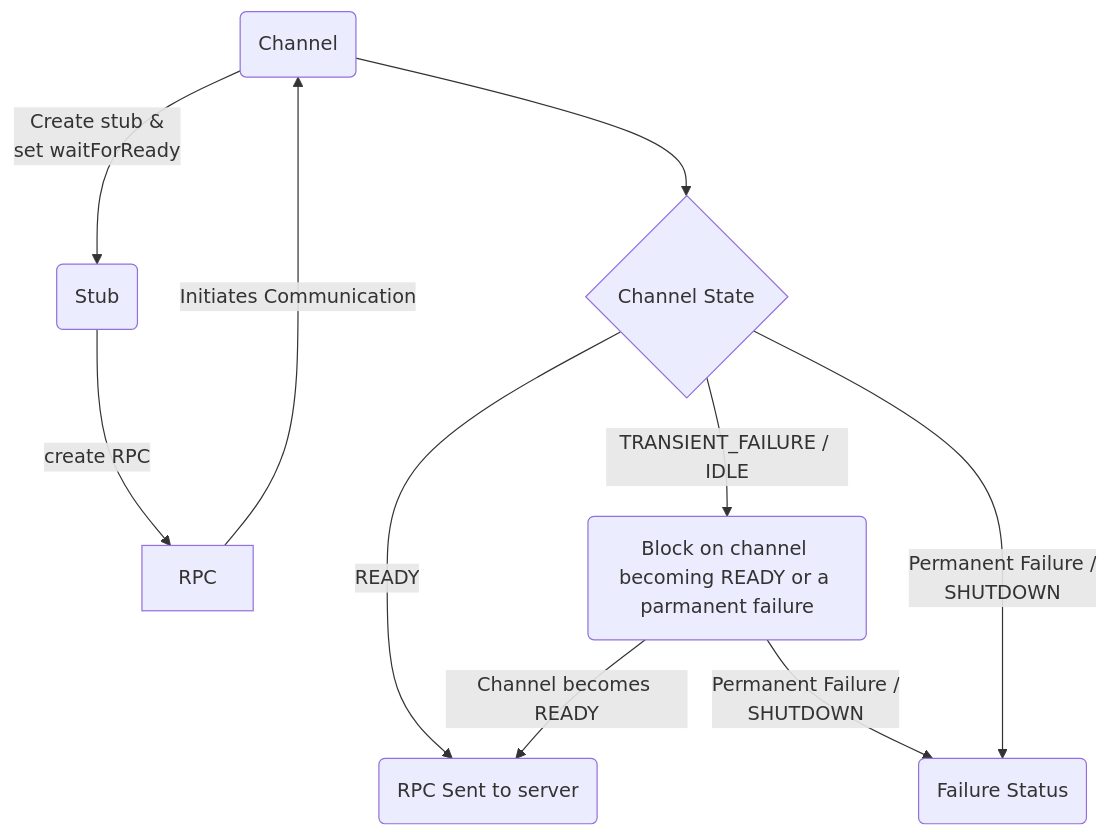
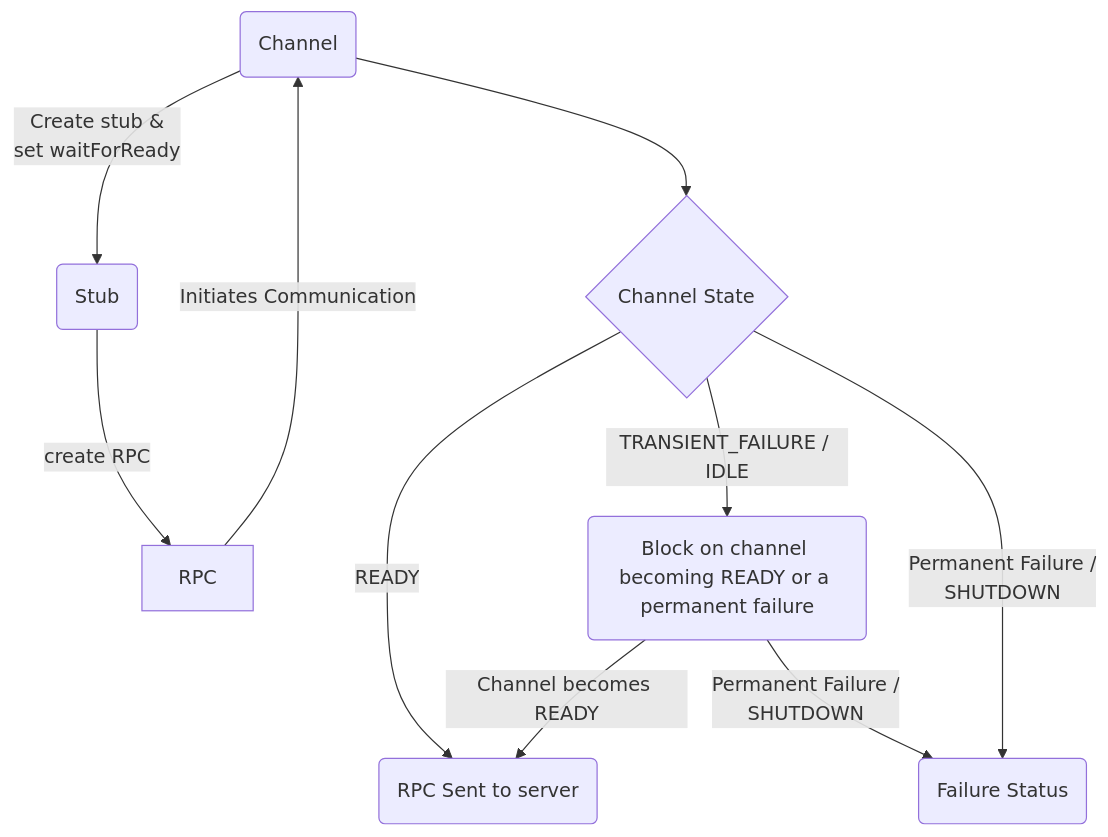
The diagram in content/en/docs/guides/wait-for-ready.md (grpc/grpc.io), drawn with Mermaid before and after one commit. The commit also changed other lines of this file, not shown here.

````diff
--- a/content/en/docs/guides/wait-for-ready.md
+++ b/content/en/docs/guides/wait-for-ready.md
@@ -30,14 +30,13 @@
 ```mermaid
 flowchart TD
-SENT
 F(Failure Status)
 CH(Channel) -->|Create stub &\n set waitForReady| S(Stub)
 S --> |create RPC| RPC
 RPC -->|Initiates Communication| CH
 CH --> ST{Channel State}
 ST --> | READY| SENT(RPC Sent to server)
-ST -->|TRANSIENT_FAILURE / IDLE| BUR(Block on channel becoming READY or a parmanent failure)
+ST -->|TRANSIENT_FAILURE / IDLE| BUR(Block on channel becoming READY or a permanent failure)
 BUR --> |Channel becomes READY| SENT
 BUR --> |Permanent Failure / \nSHUTDOWN| F
 ST --> |Permanent Failure / \nSHUTDOWN| F
 ```
````
